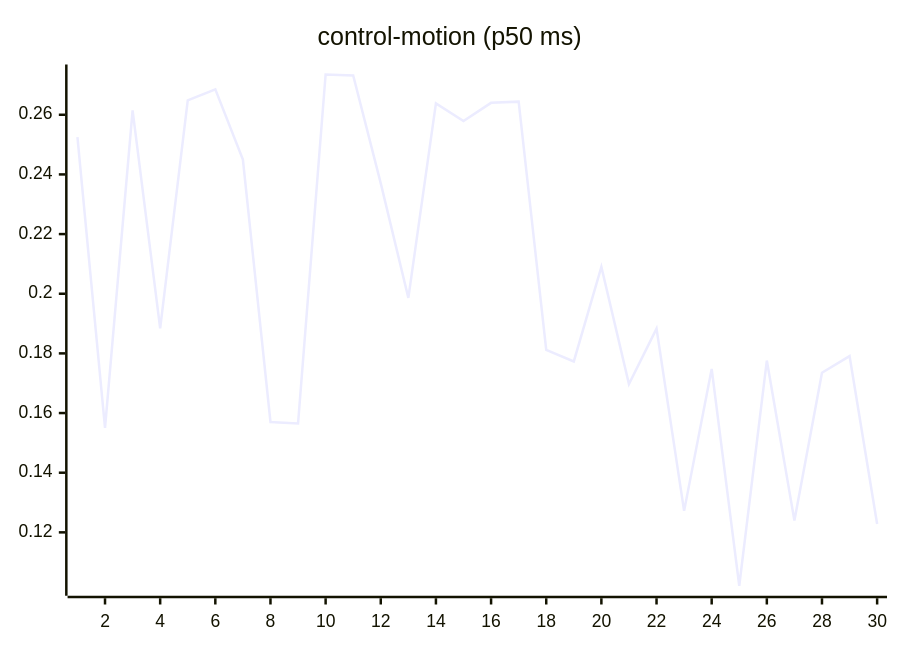
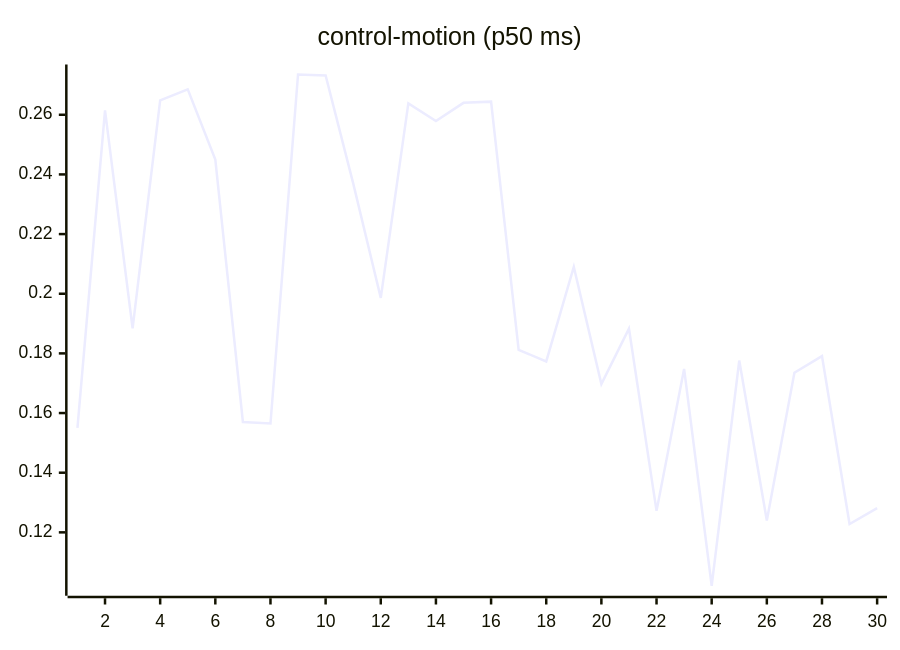
The seventh of 27 diagrams in README.md (josha/Facet), drawn with Mermaid before and after one commit. The commit also changed other lines of this file and 2 other files, not shown here.

````diff
--- a/README.md
+++ b/README.md
@@ -105,6 +105,6 @@
 ```mermaid
 xychart-beta
     title "control-motion (p50 ms)"
     x-axis 1 --> 30
-    line [0.2525, 0.1550, 0.2615, 0.1884, 0.2648, 0.2685, 0.2450, 0.1570, 0.1565, 0.2735, 0.2732, 0.2370, 0.1986, 0.2638, 0.2579, 0.2640, 0.2644, 0.1812, 0.1773, 0.2090, 0.1697, 0.1883, 0.1272, 0.1748, 0.1021, 0.1776, 0.1240, 0.1735, 0.1791, 0.1228]
+    line [0.1550, 0.2615, 0.1884, 0.2648, 0.2685, 0.2450, 0.1570, 0.1565, 0.2735, 0.2732, 0.2370, 0.1986, 0.2638, 0.2579, 0.2640, 0.2644, 0.1812, 0.1773, 0.2090, 0.1697, 0.1883, 0.1272, 0.1748, 0.1021, 0.1776, 0.1240, 0.1735, 0.1791, 0.1228, 0.1281]
 ```
````
